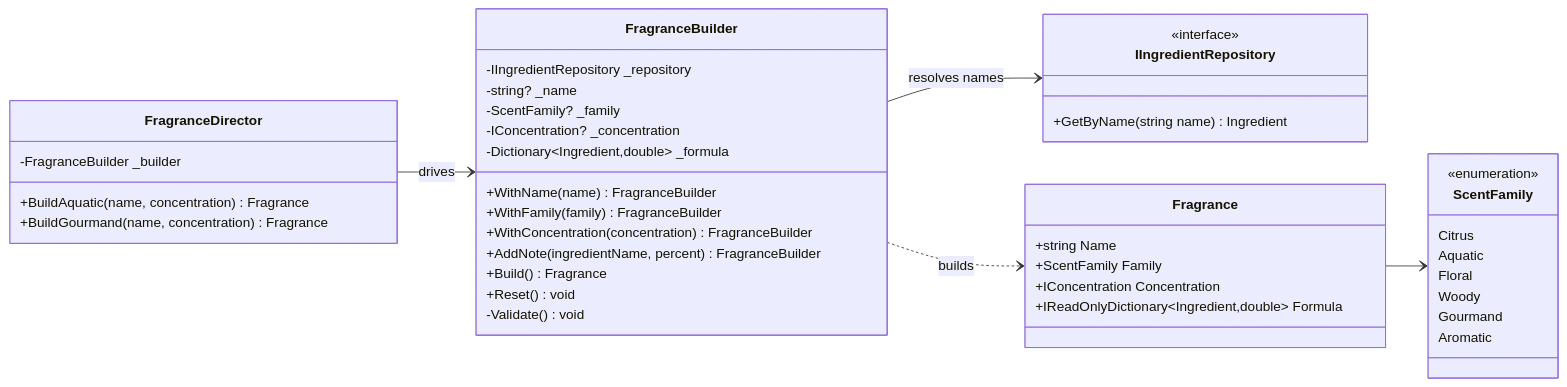
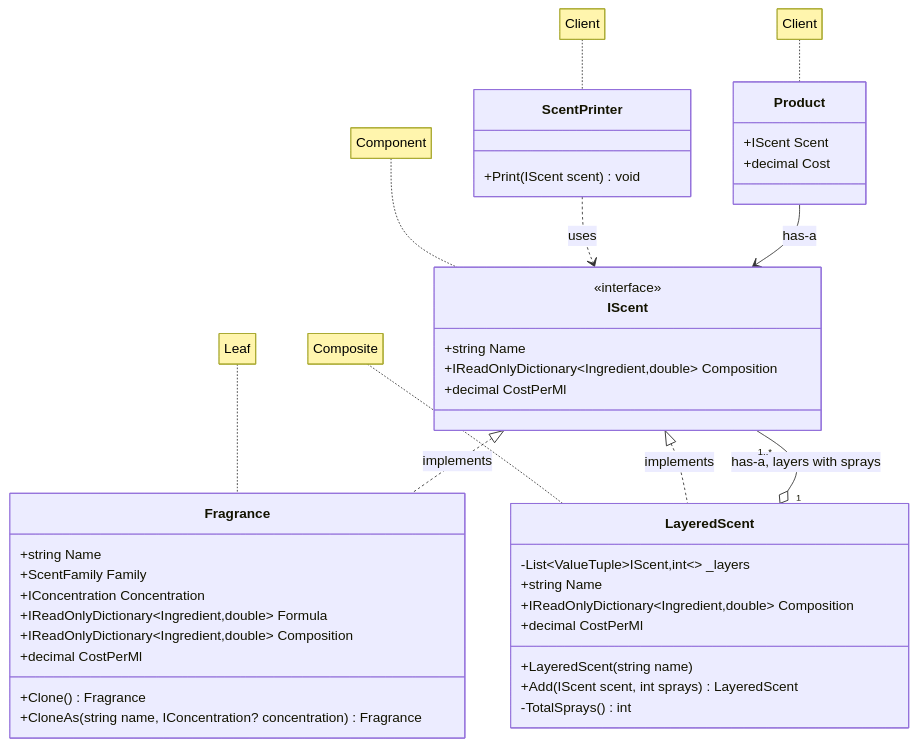
The first of 4 diagrams in REPORT.md (m0sji/TMPS_26), drawn with Mermaid before and after one commit. The commit also changed other lines of this file and 1 other file, not shown here.

````diff
--- a/REPORT.md
+++ b/REPORT.md
@@ -180,52 +104,53 @@
 ```mermaid
 classDiagram
-    direction LR
+    direction TB
 
-    class FragranceDirector {
-        -FragranceBuilder _builder
-        +BuildAquatic(name, concentration) Fragrance
-        +BuildGourmand(name, concentration) Fragrance
-    }
-
-    class FragranceBuilder {
-        -IIngredientRepository _repository
-        -string? _name
-        -ScentFamily? _family
-        -IConcentration? _concentration
-        -Dictionary~Ingredient,double~ _formula
-        +WithName(name) FragranceBuilder
-        +WithFamily(family) FragranceBuilder
-        +WithConcentration(concentration) FragranceBuilder
-        +AddNote(ingredientName, percent) FragranceBuilder
-        +Build() Fragrance
-        +Reset() void
-        -Validate() void
-    }
-
-    class IIngredientRepository {
+    class IScent {
         <<interface>>
-        +GetByName(string name) Ingredient
+        +string Name
+        +IReadOnlyDictionary~Ingredient,double~ Composition
+        +decimal CostPerMl
     }
 
     class Fragrance {
         +string Name
         +ScentFamily Family
         +IConcentration Concentration
         +IReadOnlyDictionary~Ingredient,double~ Formula
+        +IReadOnlyDictionary~Ingredient,double~ Composition
+        +decimal CostPerMl
+        +Clone() Fragrance
+        +CloneAs(string name, IConcentration? concentration) Fragrance
     }
 
-    class ScentFamily {
-        <<enumeration>>
-        Citrus
-        Aquatic
-        Floral
-        Woody
-        Gourmand
-        Aromatic
+    class LayeredScent {
+        -List~ValueTuple~IScent,int~~ _layers
+        +string Name
+        +LayeredScent(string name)
+        +Add(IScent scent, int sprays) LayeredScent
+        +IReadOnlyDictionary~Ingredient,double~ Composition
+        +decimal CostPerMl
+        -TotalSprays() int
     }
 
-    FragranceDirector --> FragranceBuilder : drives
-    FragranceBuilder --> IIngredientRepository : resolves names
-    FragranceBuilder ..> Fragrance : builds
-    Fragrance --> ScentFamily
+    class ScentPrinter {
+        +Print(IScent scent) void
+    }
+
+    class Product {
+        +IScent Scent
+        +decimal Cost
+    }
+
+    IScent <|.. Fragrance : implements
+    IScent <|.. LayeredScent : implements
+    LayeredScent "1" o-- "1..*" IScent : has-a, layers with sprays
+    ScentPrinter ..> IScent : uses
+    Product --> IScent : has-a
+
+    note for IScent "Component"
+    note for Fragrance "Leaf"
+    note for LayeredScent "Composite"
+    note for ScentPrinter "Client"
+    note for Product "Client"
 ```
````
